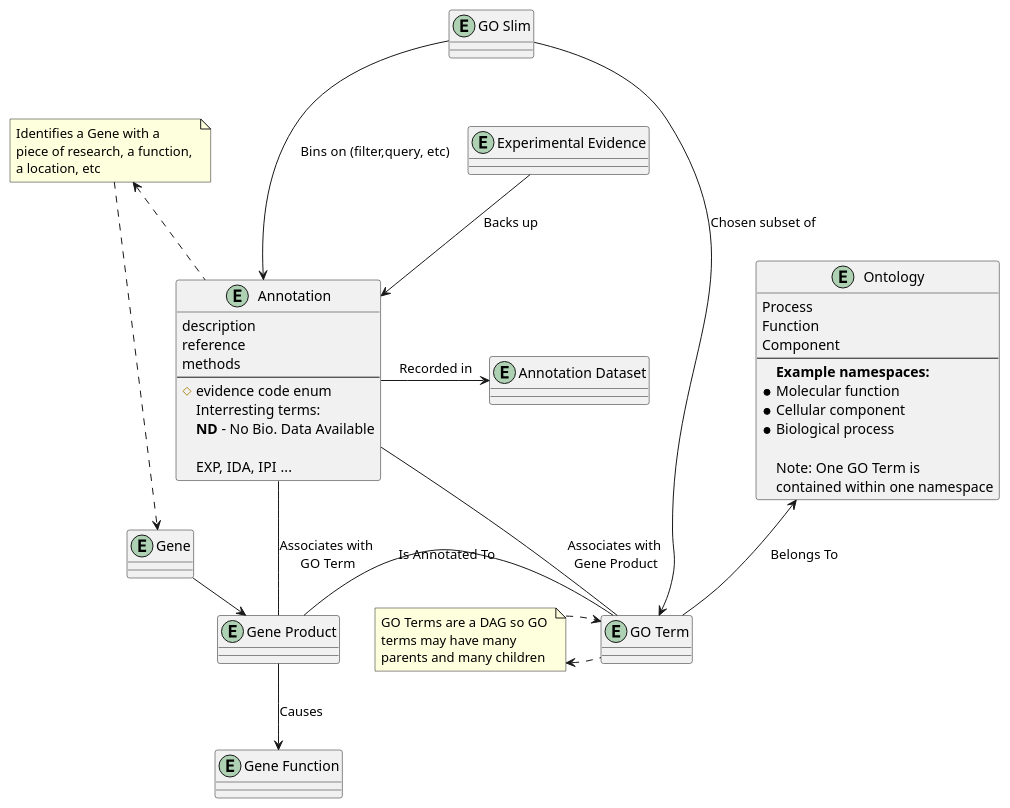
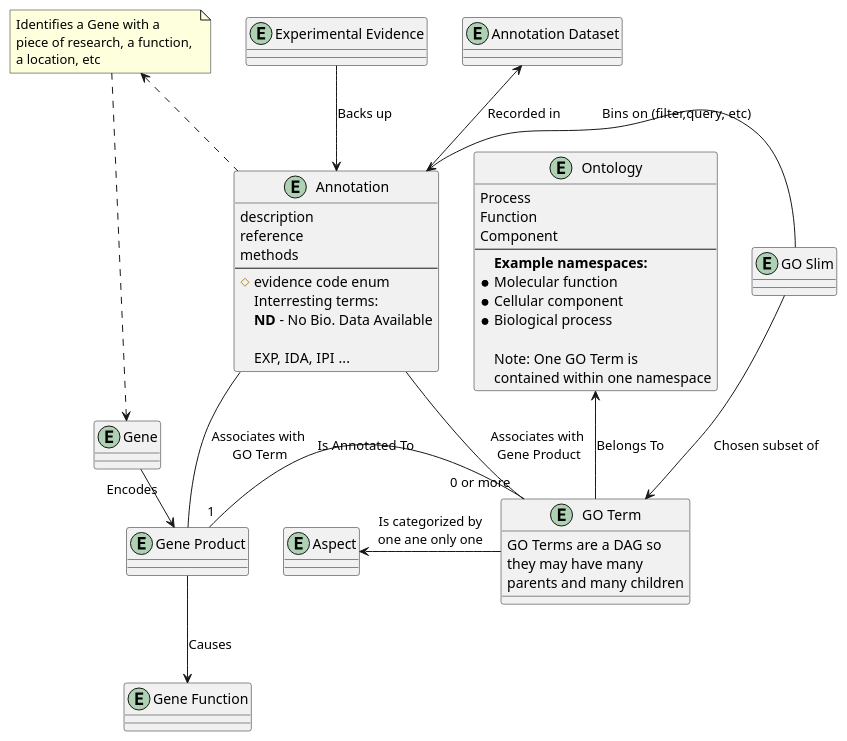
The diagram in assets/domain_model.plantuml (jshearer/PhoeBio-Website), drawn with PlantUML before and after one commit. The commit also changed 2 other files, not shown here.

```diff
--- a/assets/domain_model.plantuml
+++ b/assets/domain_model.plantuml
@@ -1,74 +1,79 @@
 @startuml domain model
 
 entity Ontology {
   Process
   Function
   Component
   --
   **Example namespaces:**
   * Molecular function
   * Cellular component
   * Biological process
   
   Note: One GO Term is \ncontained within one namespace
 }
 
 entity "GO Term" as Term {
-
+  GO Terms are a DAG so
+  they may have many
+  parents and many children
 }
 
 entity "Gene Product" as GeneProduct {
 
 }
 
 entity Annotation {
   description
   reference
   methods
   --
   # evidence code enum  
     Interresting terms:
     **ND** - No Bio. Data Available
 
     EXP, IDA, IPI ...
 }
 
 entity Gene {
 
 }
 
 entity "Gene Function" as GeneFunction {
 
 }
 
 entity "GO Slim" as Slim {
 
 }
 
 entity "Annotation Dataset" as ADS {
 
 }
 
 entity "Experimental Evidence" as Evidence{
   
 }
 
+entity Aspect {
+
+}
+
 Note "Identifies a Gene with a \npiece of research, a function, \na location, etc" as N1
-Note "GO Terms are a DAG so GO \nterms may have many \nparents and many children" as N2
 
 Ontology<-down-Term: Belongs To
 Term-up-Annotation: "Associates with \nGene Product"
-Term-left-GeneProduct: Is Annotated To
+Term "0 or more" -left- "1" GeneProduct: Is Annotated To
 Gene-right->GeneProduct: Encodes
 Annotation--GeneProduct: "Associates with \nGO Term"
 GeneProduct-->GeneFunction: Causes
-Slim---->Term: Chosen subset of
-Slim-->Annotation: Bins on (filter,query, etc)
-Annotation-right->ADS: Recorded in
+Slim-->Term: Chosen subset of
+Slim-left->Annotation: Bins on (filter,query, etc)
+Annotation-up->ADS: Recorded in
 Evidence-->Annotation: Backs up
 N1<..Annotation
 N1..>Gene
-N2<.right.Term
-N2..>Term
+' Term-->Term: Related to
+Aspect<-right-Term: "Is categorized by\none ane only one"
 
 @enduml
```
